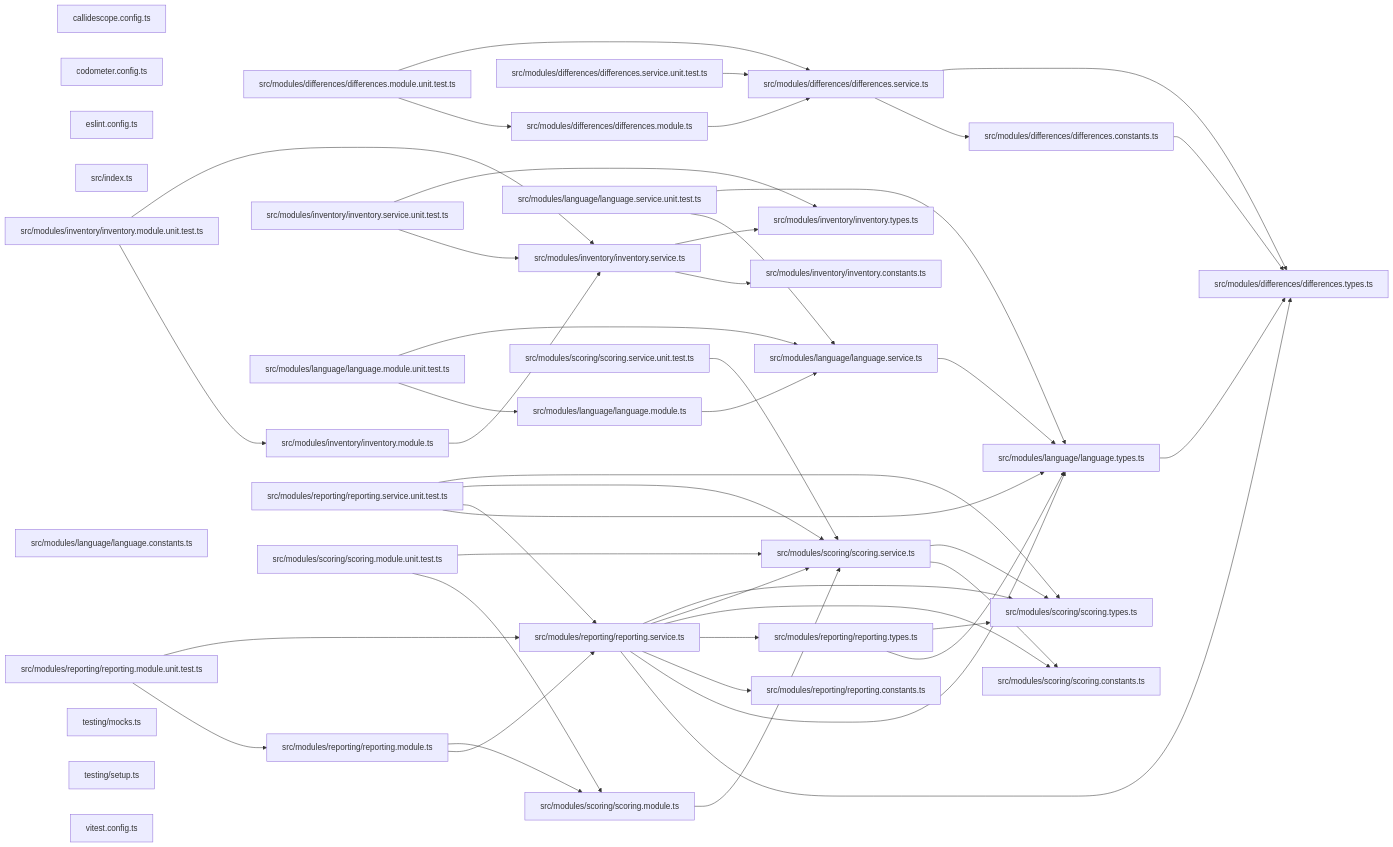
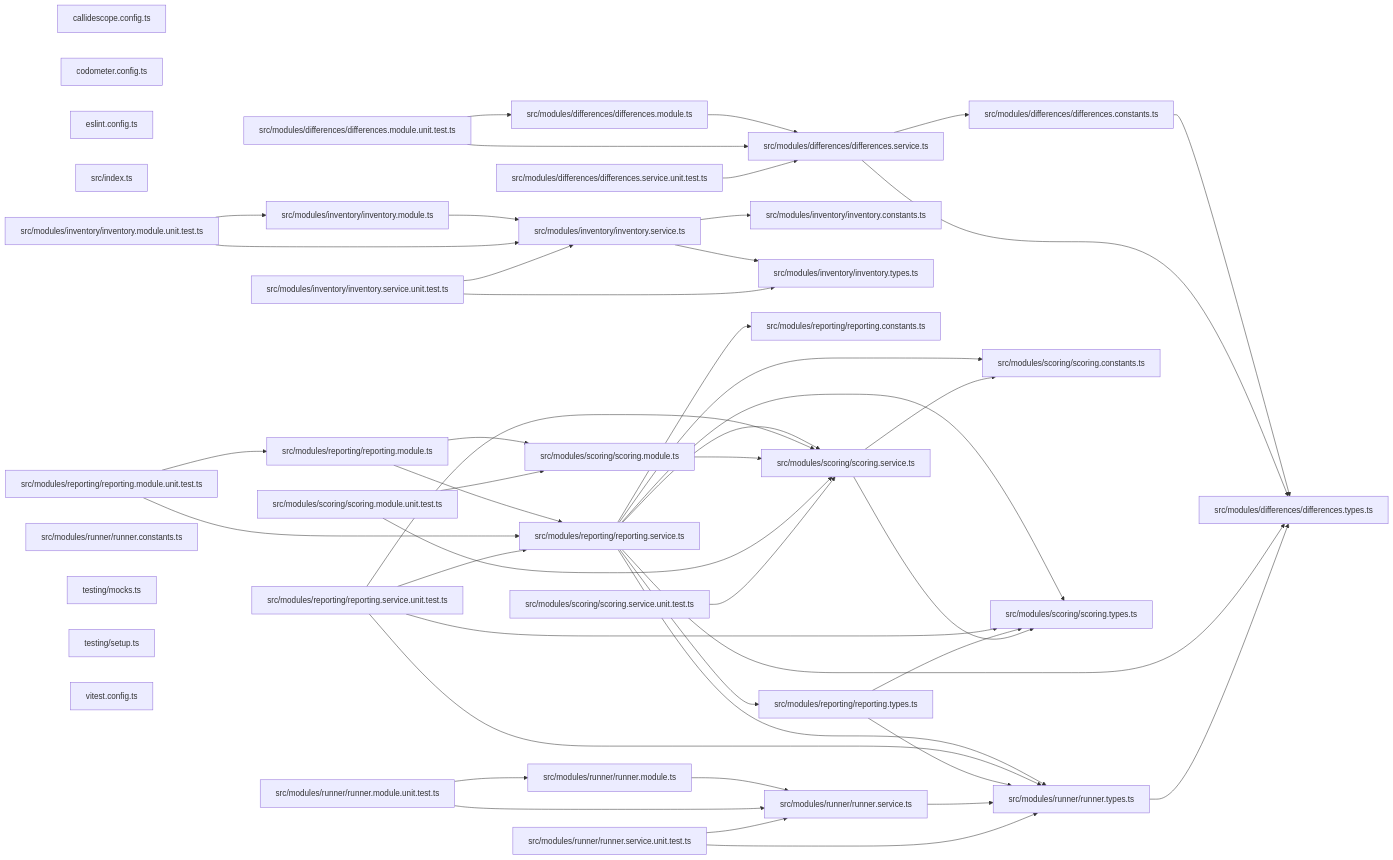
One commit to JimmyPaolini/codebase changed the third of 3 diagrams in packages/conformetry-core/README.md. Above: the diagram before and after it, drawn with Mermaid. The commit also changed other lines of this file and 16 other files, not shown here.

Commit message:
refactor(conformetry): ♻️ rename the language runner in conformetry-core

```diff
--- a/packages/conformetry-core/README.md
+++ b/packages/conformetry-core/README.md
@@ -251,18 +251,18 @@
   file_src_modules_inventory_inventory_service_ts["src/modules/inventory/inventory.service.ts"]
   file_src_modules_inventory_inventory_service_unit_test_ts["src/modules/inventory/inventory.service.unit.test.ts"]
   file_src_modules_inventory_inventory_types_ts["src/modules/inventory/inventory.types.ts"]
-  file_src_modules_language_language_constants_ts["src/modules/language/language.constants.ts"]
-  file_src_modules_language_language_module_ts["src/modules/language/language.module.ts"]
-  file_src_modules_language_language_module_unit_test_ts["src/modules/language/language.module.unit.test.ts"]
-  file_src_modules_language_language_service_ts["src/modules/language/language.service.ts"]
-  file_src_modules_language_language_service_unit_test_ts["src/modules/language/language.service.unit.test.ts"]
-  file_src_modules_language_language_types_ts["src/modules/language/language.types.ts"]
   file_src_modules_reporting_reporting_constants_ts["src/modules/reporting/reporting.constants.ts"]
   file_src_modules_reporting_reporting_module_ts["src/modules/reporting/reporting.module.ts"]
   file_src_modules_reporting_reporting_module_unit_test_ts["src/modules/reporting/reporting.module.unit.test.ts"]
   file_src_modules_reporting_reporting_service_ts["src/modules/reporting/reporting.service.ts"]
   file_src_modules_reporting_reporting_service_unit_test_ts["src/modules/reporting/reporting.service.unit.test.ts"]
   file_src_modules_reporting_reporting_types_ts["src/modules/reporting/reporting.types.ts"]
+  file_src_modules_runner_runner_constants_ts["src/modules/runner/runner.constants.ts"]
+  file_src_modules_runner_runner_module_ts["src/modules/runner/runner.module.ts"]
+  file_src_modules_runner_runner_module_unit_test_ts["src/modules/runner/runner.module.unit.test.ts"]
+  file_src_modules_runner_runner_service_ts["src/modules/runner/runner.service.ts"]
+  file_src_modules_runner_runner_service_unit_test_ts["src/modules/runner/runner.service.unit.test.ts"]
+  file_src_modules_runner_runner_types_ts["src/modules/runner/runner.types.ts"]
   file_src_modules_scoring_scoring_constants_ts["src/modules/scoring/scoring.constants.ts"]
   file_src_modules_scoring_scoring_module_ts["src/modules/scoring/scoring.module.ts"]
   file_src_modules_scoring_scoring_module_unit_test_ts["src/modules/scoring/scoring.module.unit.test.ts"]
@@ -286,30 +286,30 @@
   file_src_modules_inventory_inventory_service_ts --> file_src_modules_inventory_inventory_types_ts
   file_src_modules_inventory_inventory_service_unit_test_ts --> file_src_modules_inventory_inventory_service_ts
   file_src_modules_inventory_inventory_service_unit_test_ts --> file_src_modules_inventory_inventory_types_ts
-  file_src_modules_language_language_module_ts --> file_src_modules_language_language_service_ts
-  file_src_modules_language_language_module_unit_test_ts --> file_src_modules_language_language_module_ts
-  file_src_modules_language_language_module_unit_test_ts --> file_src_modules_language_language_service_ts
-  file_src_modules_language_language_service_ts --> file_src_modules_language_language_types_ts
-  file_src_modules_language_language_service_unit_test_ts --> file_src_modules_language_language_service_ts
-  file_src_modules_language_language_service_unit_test_ts --> file_src_modules_language_language_types_ts
-  file_src_modules_language_language_types_ts --> file_src_modules_differences_differences_types_ts
   file_src_modules_reporting_reporting_module_ts --> file_src_modules_reporting_reporting_service_ts
   file_src_modules_reporting_reporting_module_ts --> file_src_modules_scoring_scoring_module_ts
   file_src_modules_reporting_reporting_module_unit_test_ts --> file_src_modules_reporting_reporting_module_ts
   file_src_modules_reporting_reporting_module_unit_test_ts --> file_src_modules_reporting_reporting_service_ts
   file_src_modules_reporting_reporting_service_ts --> file_src_modules_differences_differences_types_ts
-  file_src_modules_reporting_reporting_service_ts --> file_src_modules_language_language_types_ts
   file_src_modules_reporting_reporting_service_ts --> file_src_modules_reporting_reporting_constants_ts
   file_src_modules_reporting_reporting_service_ts --> file_src_modules_reporting_reporting_types_ts
+  file_src_modules_reporting_reporting_service_ts --> file_src_modules_runner_runner_types_ts
   file_src_modules_reporting_reporting_service_ts --> file_src_modules_scoring_scoring_constants_ts
   file_src_modules_reporting_reporting_service_ts --> file_src_modules_scoring_scoring_service_ts
   file_src_modules_reporting_reporting_service_ts --> file_src_modules_scoring_scoring_types_ts
-  file_src_modules_reporting_reporting_service_unit_test_ts --> file_src_modules_language_language_types_ts
   file_src_modules_reporting_reporting_service_unit_test_ts --> file_src_modules_reporting_reporting_service_ts
+  file_src_modules_reporting_reporting_service_unit_test_ts --> file_src_modules_runner_runner_types_ts
   file_src_modules_reporting_reporting_service_unit_test_ts --> file_src_modules_scoring_scoring_service_ts
   file_src_modules_reporting_reporting_service_unit_test_ts --> file_src_modules_scoring_scoring_types_ts
-  file_src_modules_reporting_reporting_types_ts --> file_src_modules_language_language_types_ts
+  file_src_modules_reporting_reporting_types_ts --> file_src_modules_runner_runner_types_ts
   file_src_modules_reporting_reporting_types_ts --> file_src_modules_scoring_scoring_types_ts
+  file_src_modules_runner_runner_module_ts --> file_src_modules_runner_runner_service_ts
+  file_src_modules_runner_runner_module_unit_test_ts --> file_src_modules_runner_runner_module_ts
+  file_src_modules_runner_runner_module_unit_test_ts --> file_src_modules_runner_runner_service_ts
+  file_src_modules_runner_runner_service_ts --> file_src_modules_runner_runner_types_ts
+  file_src_modules_runner_runner_service_unit_test_ts --> file_src_modules_runner_runner_service_ts
+  file_src_modules_runner_runner_service_unit_test_ts --> file_src_modules_runner_runner_types_ts
+  file_src_modules_runner_runner_types_ts --> file_src_modules_differences_differences_types_ts
   file_src_modules_scoring_scoring_module_ts --> file_src_modules_scoring_scoring_service_ts
   file_src_modules_scoring_scoring_module_unit_test_ts --> file_src_modules_scoring_scoring_module_ts
   file_src_modules_scoring_scoring_module_unit_test_ts --> file_src_modules_scoring_scoring_service_ts
```
